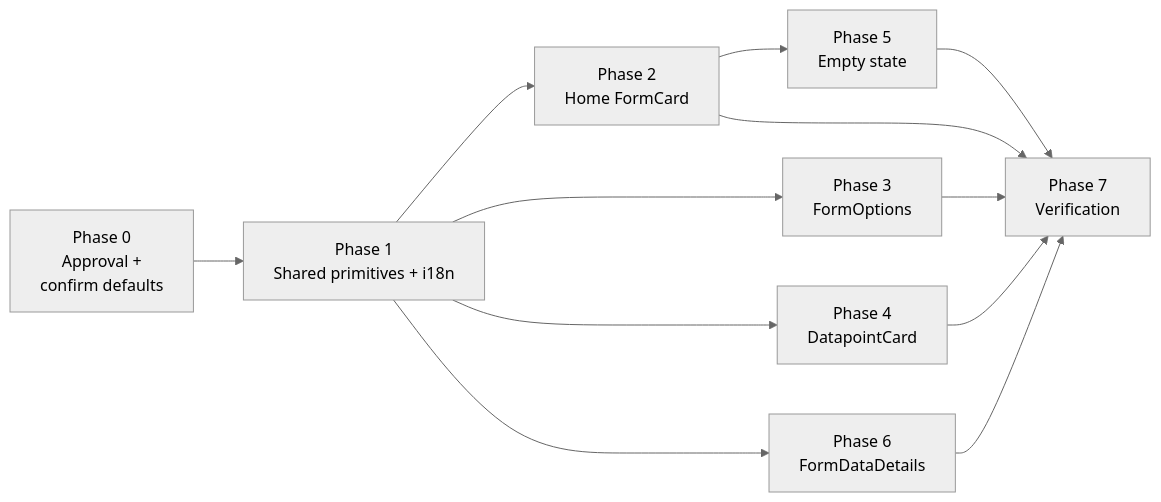
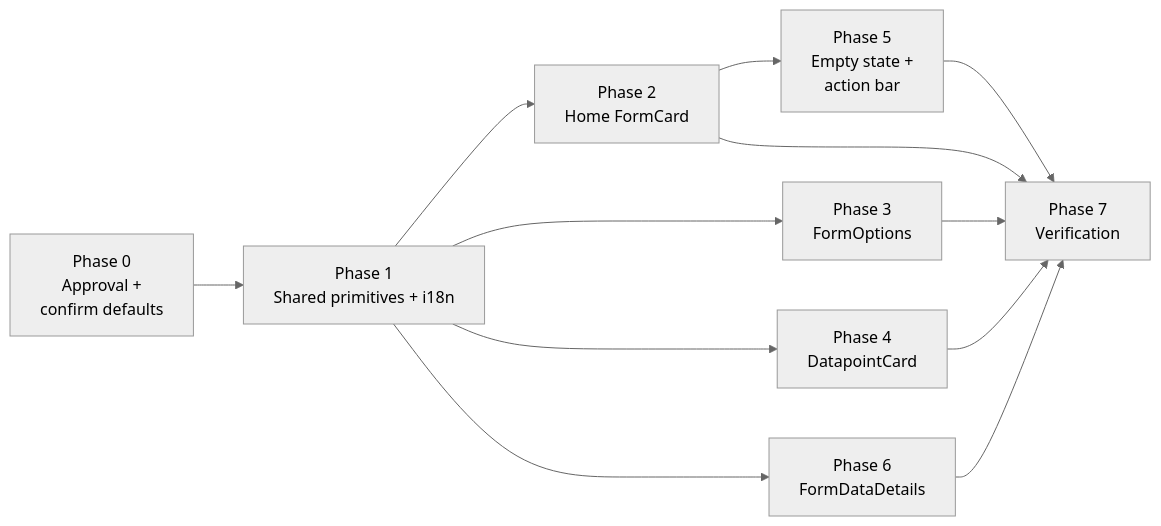
Before and after one commit to akvo/akvo-mis: the diagram in doc/design/APP-481-mobile-cards-list-items.md, drawn with Mermaid (neutral theme). The commit also changed other lines of this file and 24 other files, not shown here.

First line of the commit message:
[#481] Add Figma empty state, bottom action bar and per-icon legend

````diff
--- a/doc/design/APP-481-mobile-cards-list-items.md
+++ b/doc/design/APP-481-mobile-cards-list-items.md
@@ -334,10 +349,10 @@
 ```mermaid
 flowchart LR
   G[Phase 0<br/>Approval +<br/>confirm defaults] --> P1[Phase 1<br/>Shared primitives + i18n]
   P1 --> P2[Phase 2<br/>Home FormCard]
   P1 --> P3[Phase 3<br/>FormOptions]
   P1 --> P4[Phase 4<br/>DatapointCard]
-  P2 --> P5[Phase 5<br/>Empty state]
+  P2 --> P5[Phase 5<br/>Empty state +<br/>action bar]
   P1 --> P6[Phase 6<br/>FormDataDetails]
   P2 & P3 & P4 & P5 & P6 --> P7[Phase 7<br/>Verification]
 ```
````
